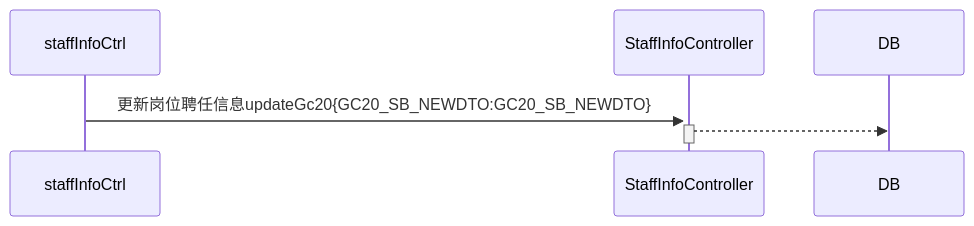
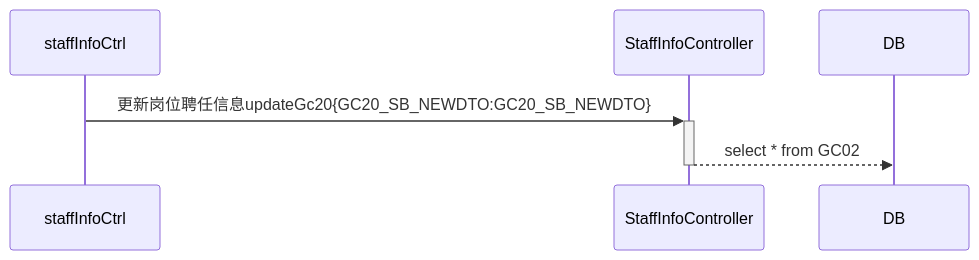
Before and after one commit to ZhangJianBeiJing/iodraw-files: the diagram in all/未命名.md, drawn with Mermaid.

Commit message:
2025-03-24 18:53:53 update

````diff
--- a/all/未命名.md
+++ b/all/未命名.md
@@ -1,6 +1,6 @@
 ```mermaid
 sequenceDiagram
     staffInfoCtrl->>+StaffInfoController:更新岗位聘任信息updateGc20{GC20_SB_NEWDTO:GC20_SB_NEWDTO}
-    StaffInfoController-->>-DB:
+    StaffInfoController-->>-DB:select * from GC02
             
 ```
````
